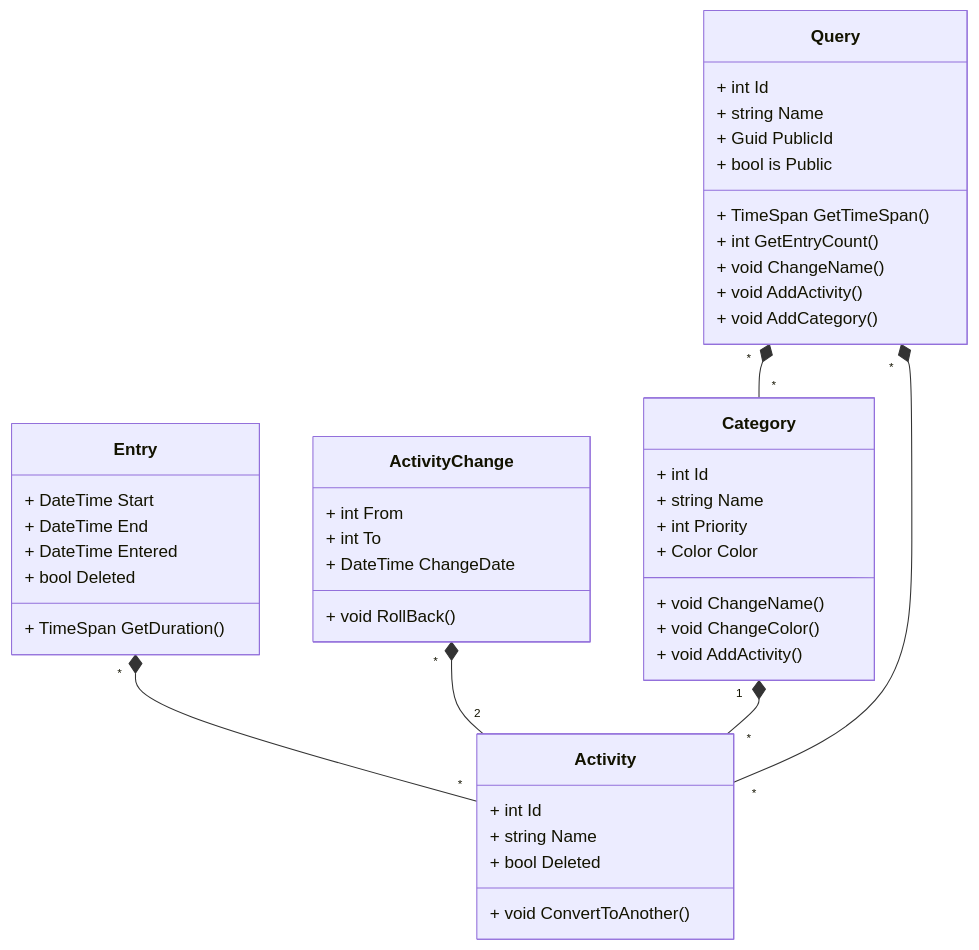
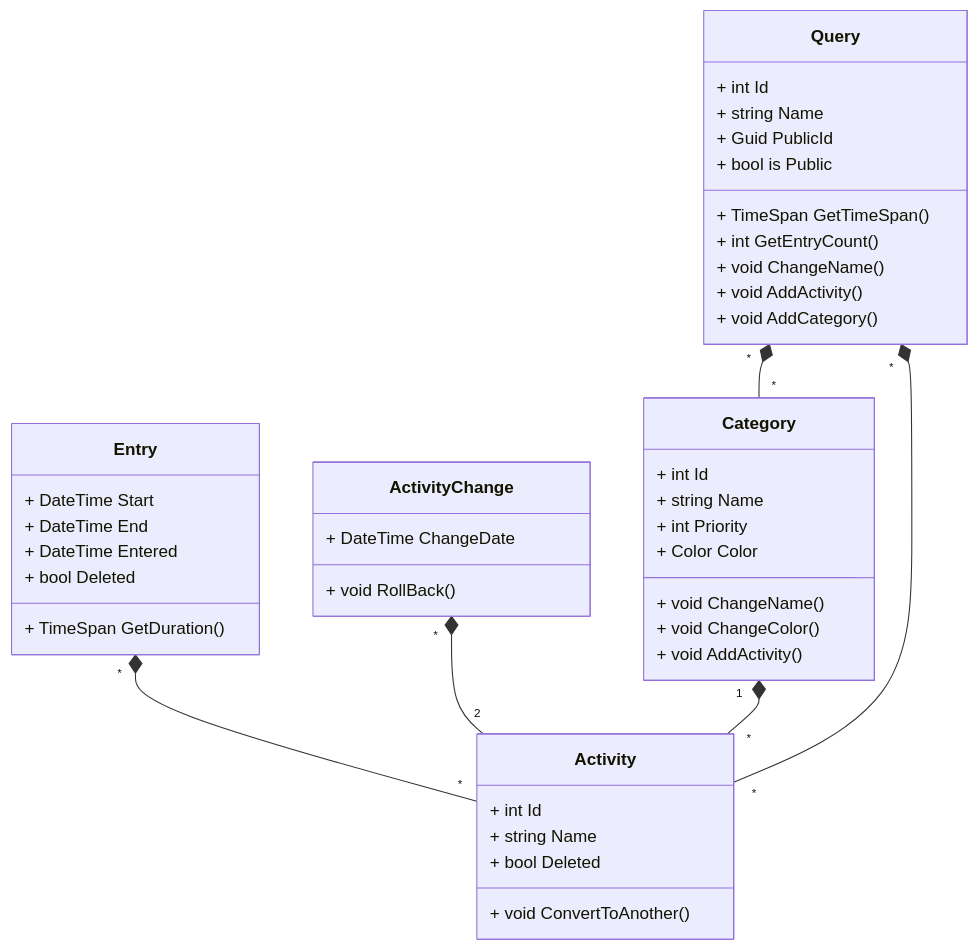
The first of 5 diagrams in Documentation/Design Analysis/Problem Domain Analysis.md (theodor349/WeeklyReview), drawn with Mermaid before and after one commit.

Commit message:
Update Problem Domain Analysis.md

````diff
--- a/Documentation/Design Analysis/Problem Domain Analysis.md
+++ b/Documentation/Design Analysis/Problem Domain Analysis.md
@@ -109,48 +109,46 @@
 ```mermaid
 classDiagram
   Entry "*" *-- "*" Activity 
   ActivityChange "*" *-- "2" Activity 
   Category "1" *-- "*" Activity
   Query "*" *-- "*" Activity
   Query "*" *-- "*" Category
 
   class Entry {
     + DateTime Start
     + DateTime End
     + DateTime Entered
     + bool Deleted
     + TimeSpan GetDuration()
   }
   class Activity {
     + int Id
     + string Name
     + bool Deleted
     + void ConvertToAnother()
   }
   class ActivityChange{
-    + int From
-    + int To
     + DateTime ChangeDate
     + void RollBack()
   }
   class Category {
     + int Id
     + string Name
     + int Priority
     + Color Color
     + void ChangeName()
     + void ChangeColor()
     + void AddActivity()
   }
   class Query {
     + int Id
     + string Name
     + Guid PublicId
     + bool is Public
     + TimeSpan GetTimeSpan()
     + int GetEntryCount()
     + void ChangeName()
     + void AddActivity()
     + void AddCategory()
   }
 ```
````
